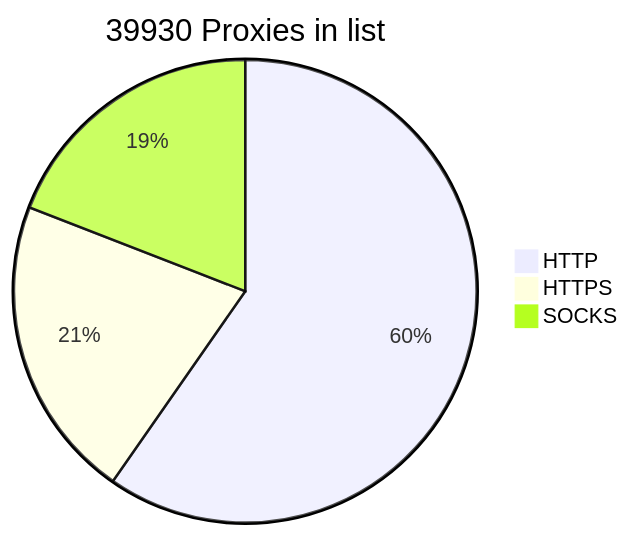
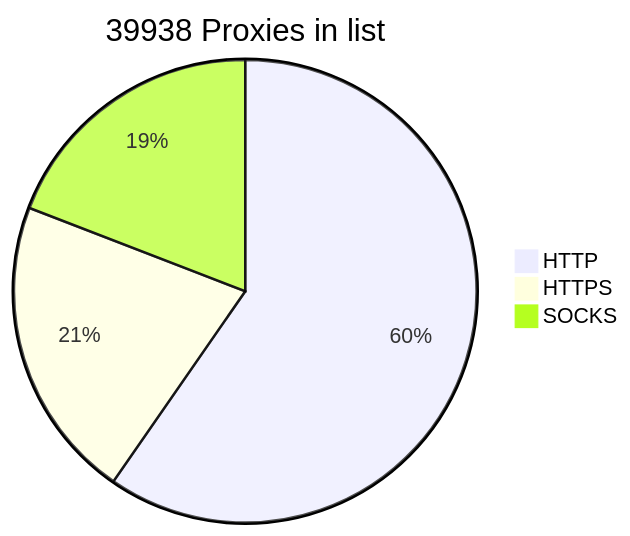
Before and after one commit to BlackSnowDot/proxylist-update-every-minute: the diagram in README.md, drawn with Mermaid.

````diff
--- a/README.md
+++ b/README.md
@@ -2,6 +2,6 @@
 ```mermaid
-pie title 39930 Proxies in list
-    "HTTP" : 27759
-    "HTTPS": 9866
-    "SOCKS" : 8884
+pie title 39938 Proxies in list
+    "HTTP" : 27754
+    "HTTPS": 9872
+    "SOCKS" : 8905
 ```
````
